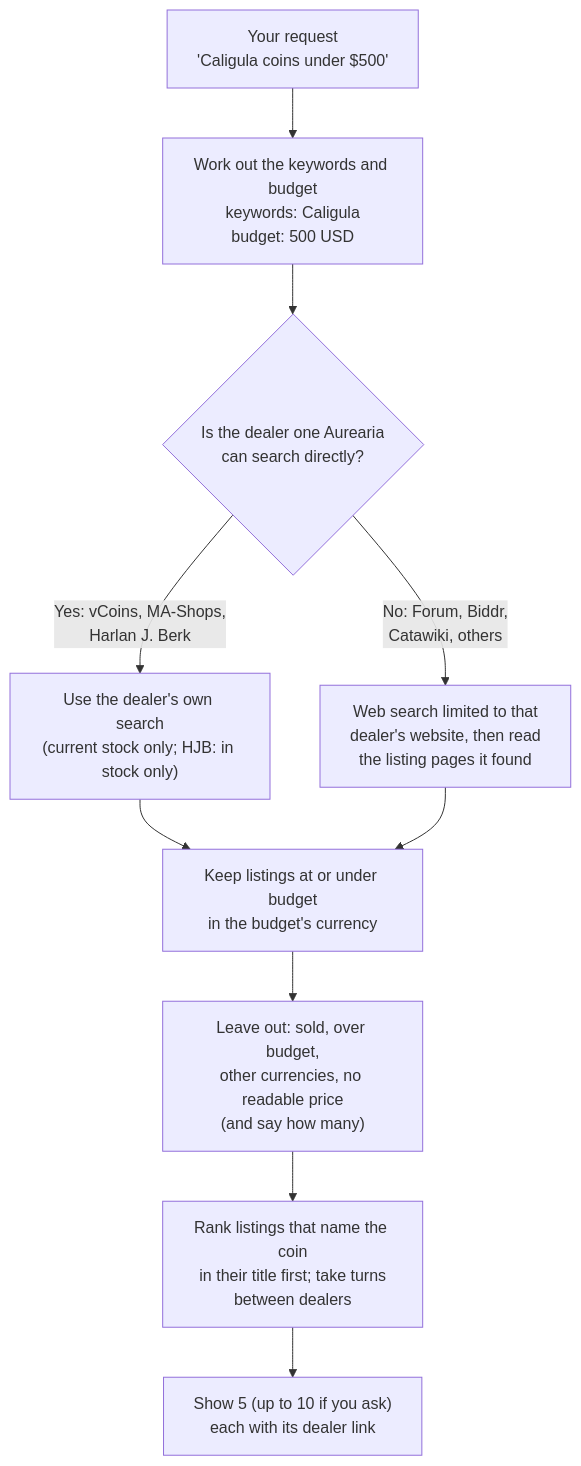
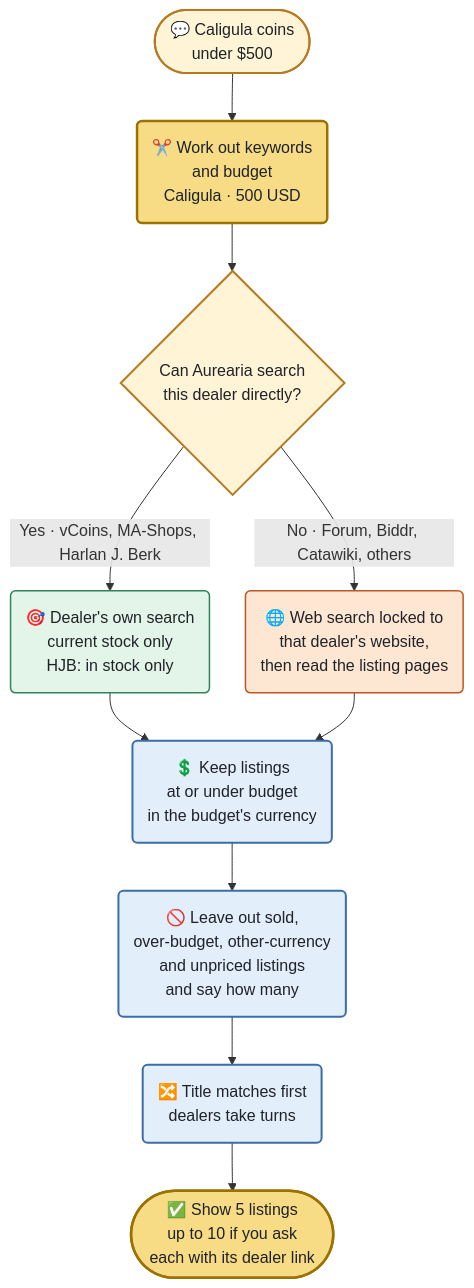
Before and after one commit to briandenicola/Aurearia: the third of 5 diagrams in docs/features/how-coin-copilot-works.md, drawn with Mermaid. The commit also changed other lines of this file, not shown here.

First line of the commit message:
docs: restyle Copilot guide diagrams for GitHub light and dark themes

````diff
--- a/docs/features/how-coin-copilot-works.md
+++ b/docs/features/how-coin-copilot-works.md
@@ -175,15 +207,29 @@
 ```mermaid
+%%{init: {"flowchart": {"curve": "basis", "nodeSpacing": 36, "rankSpacing": 48}}}%%
 flowchart TD
-    Q["Your request<br/>'Caligula coins under $500'"] --> P["Work out the keywords and budget<br/>keywords: Caligula<br/>budget: 500 USD"]
-    P --> Split{"Is the dealer one Aurearia<br/>can search directly?"}
+    Q(["💬 Caligula coins<br/>under $500"]):::person
+    P("✂️ Work out keywords<br/>and budget<br/>Caligula · 500 USD"):::copilot
+    Split{"Can Aurearia search<br/>this dealer directly?"}:::decision
+    Direct("🎯 Dealer's own search<br/>current stock only<br/>HJB: in stock only"):::collection
+    Web("🌐 Web search locked to<br/>that dealer's website,<br/>then read the listing pages"):::market
+    Budget("💲 Keep listings<br/>at or under budget<br/>in the budget's currency"):::server
+    Drop("🚫 Leave out sold,<br/>over-budget, other-currency<br/>and unpriced listings<br/>and say how many"):::server
+    Mix("🔀 Title matches first<br/>dealers take turns"):::server
+    Out(["✅ Show 5 listings<br/>up to 10 if you ask<br/>each with its dealer link"]):::copilot
 
-    Split -- "Yes: vCoins, MA-Shops,<br/>Harlan J. Berk" --> Direct["Use the dealer's own search<br/>(current stock only; HJB: in stock only)"]
-    Split -- "No: Forum, Biddr,<br/>Catawiki, others" --> Web["Web search limited to that<br/>dealer's website, then read<br/>the listing pages it found"]
-
+    Q --> P --> Split
+    Split -- "Yes · vCoins, MA-Shops, Harlan J. Berk" --> Direct
+    Split -- "No · Forum, Biddr, Catawiki, others" --> Web
     Direct --> Budget
     Web --> Budget
-    Budget["Keep listings at or under budget<br/>in the budget's currency"]
-    Budget --> Drop["Leave out: sold, over budget,<br/>other currencies, no readable price<br/>(and say how many)"]
-    Drop --> Mix["Rank listings that name the coin<br/>in their title first; take turns<br/>between dealers"]
-    Mix --> Out["Show 5 (up to 10 if you ask)<br/>each with its dealer link"]
+    Budget --> Drop --> Mix --> Out
+
+    classDef person fill:#fff4d6,stroke:#b7791f,stroke-width:2px,color:#1f2328
+    classDef server fill:#e3eefb,stroke:#3b6ea8,stroke-width:2px,color:#1f2328
+    classDef copilot fill:#f7dc85,stroke:#9a7200,stroke-width:2.5px,color:#1f2328
+    classDef collection fill:#e3f4e8,stroke:#2f855a,stroke-width:1.5px,color:#1f2328
+    classDef market fill:#fde7d3,stroke:#c05621,stroke-width:1.5px,color:#1f2328
+    classDef identify fill:#ede4fb,stroke:#6b46c1,stroke-width:1.5px,color:#1f2328
+    classDef outside fill:#eef0f2,stroke:#6c757d,stroke-width:1.5px,color:#1f2328
+    classDef decision fill:#fff4d6,stroke:#b7791f,stroke-width:2px,color:#1f2328
 ```
````
